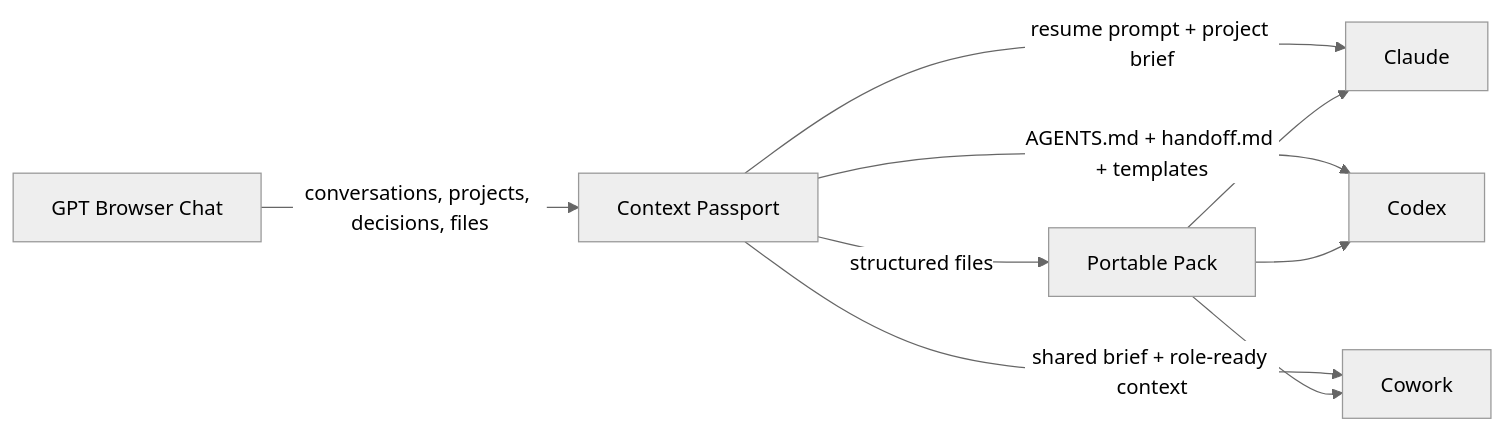
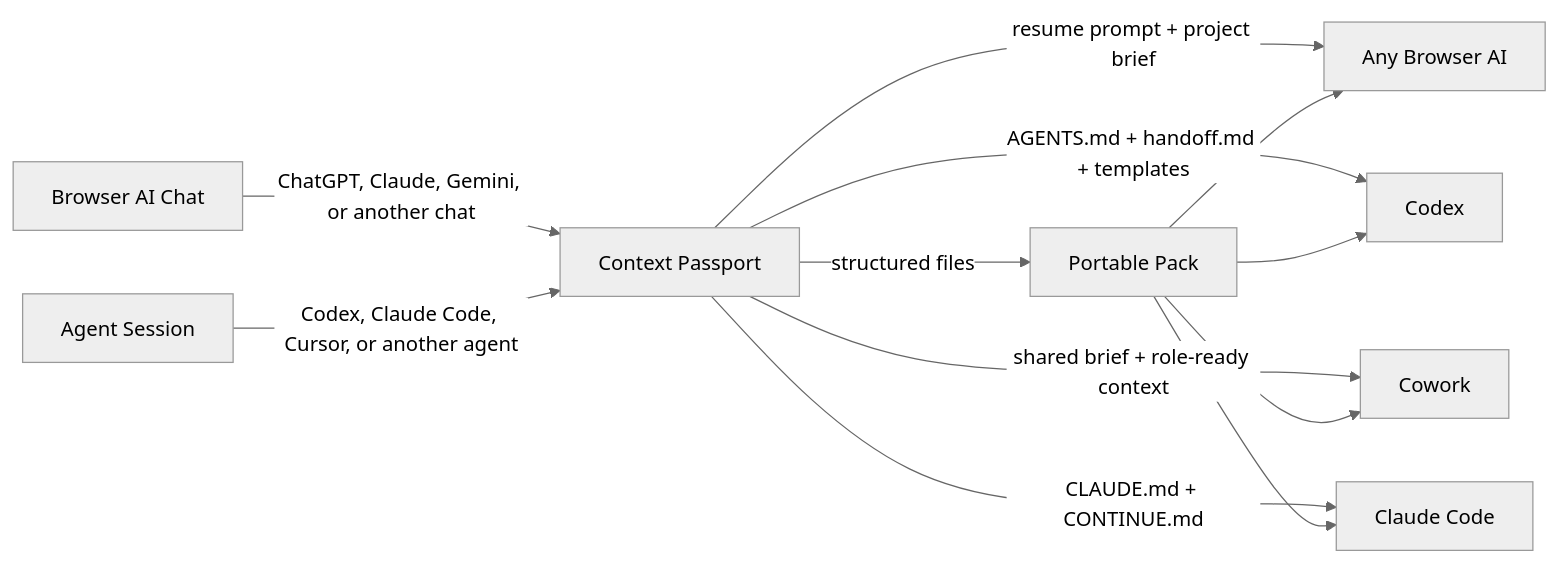
Before and after one commit to macio-arruda/context-passport: the diagram in README.md, drawn with Mermaid (neutral theme). The commit also changed other lines of this file, not shown here.

Commit message:
Make transfer diagram tool agnostic

````diff
--- a/README.md
+++ b/README.md
@@ -19,13 +19,16 @@
 ```mermaid
 flowchart LR
-    A["GPT Browser Chat"] -->|"conversations, projects, decisions, files"| B["Context Passport"]
+    A["Browser AI Chat"] -->|"ChatGPT, Claude, Gemini, or another chat"| B["Context Passport"]
+    G["Agent Session"] -->|"Codex, Claude Code, Cursor, or another agent"| B
 
-    B -->|"resume prompt + project brief"| C["Claude"]
+    B -->|"resume prompt + project brief"| C["Any Browser AI"]
     B -->|"AGENTS.md + handoff.md + templates"| D["Codex"]
     B -->|"shared brief + role-ready context"| E["Cowork"]
+    B -->|"CLAUDE.md + CONTINUE.md"| H["Claude Code"]
 
     B -->|"structured files"| F["Portable Pack"]
     F --> C
     F --> D
     F --> E
+    F --> H
 ```
````
